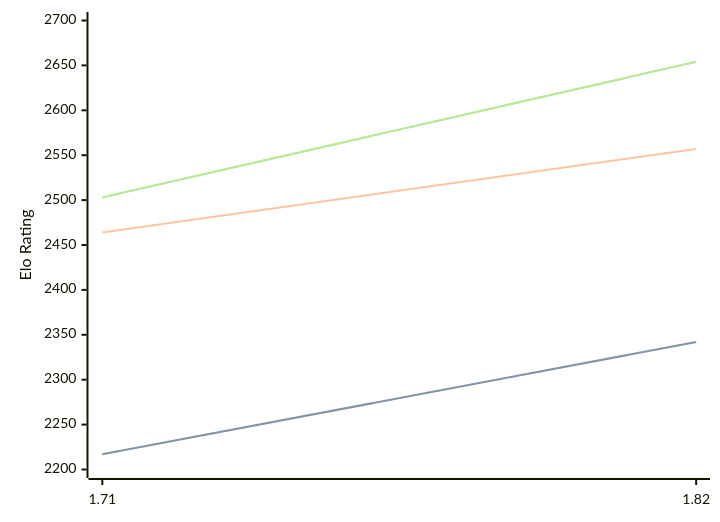
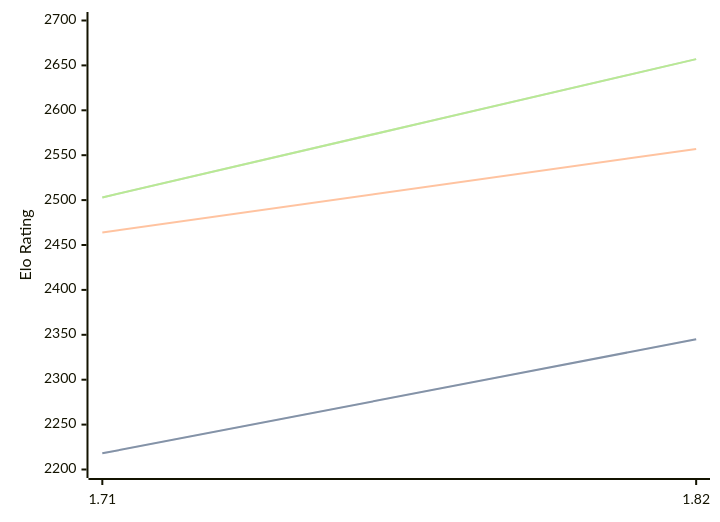
The diagram in engines/Amira.md (computer-chess-index/cci), drawn with Mermaid before and after one commit. The commit also changed other lines of this file, not shown here.

Commit message:
Update CCI Ratings (ELO VLTC) - 2026-03-27

````diff
--- a/engines/Amira.md
+++ b/engines/Amira.md
@@ -35,11 +35,11 @@
 ```mermaid
 %%{init: {"theme":"base","themeVariables":{"seriesColors:['#a3a3a3','#222221','#faa371']}}}%%
 xychart-beta
   x-axis ["1.71", "1.82"]
   y-axis "Elo Rating" 2200 --> 2700
-  line "STC (8.0+0.08s)" [2217, 2342]
-  line "STC (8.0+0.08s)" [2217, 2342]
+  line "STC (8.0+0.08s)" [2218, 2345]
+  line "STC (8.0+0.08s)" [2218, 2345]
   line "LTC (60.0+0.60s)" [2464, 2557]
-  line "VLTC (2m24s+1.12s)" [2503, 2654]
-  line "VLTC (2m24s+1.12s)" [2503, 2654]
+  line "VLTC (2m24s+1.12s)" [2503, 2657]
+  line "VLTC (2m24s+1.12s)" [2503, 2657]
 ```
````
